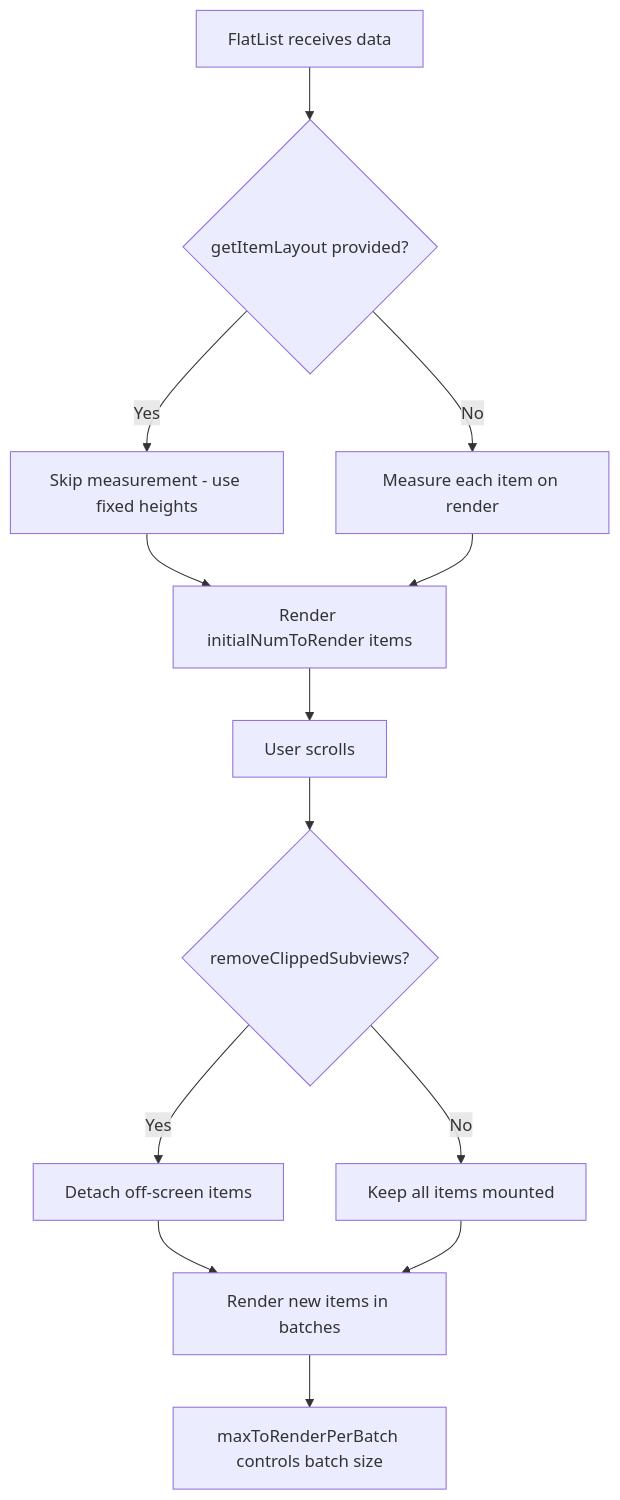
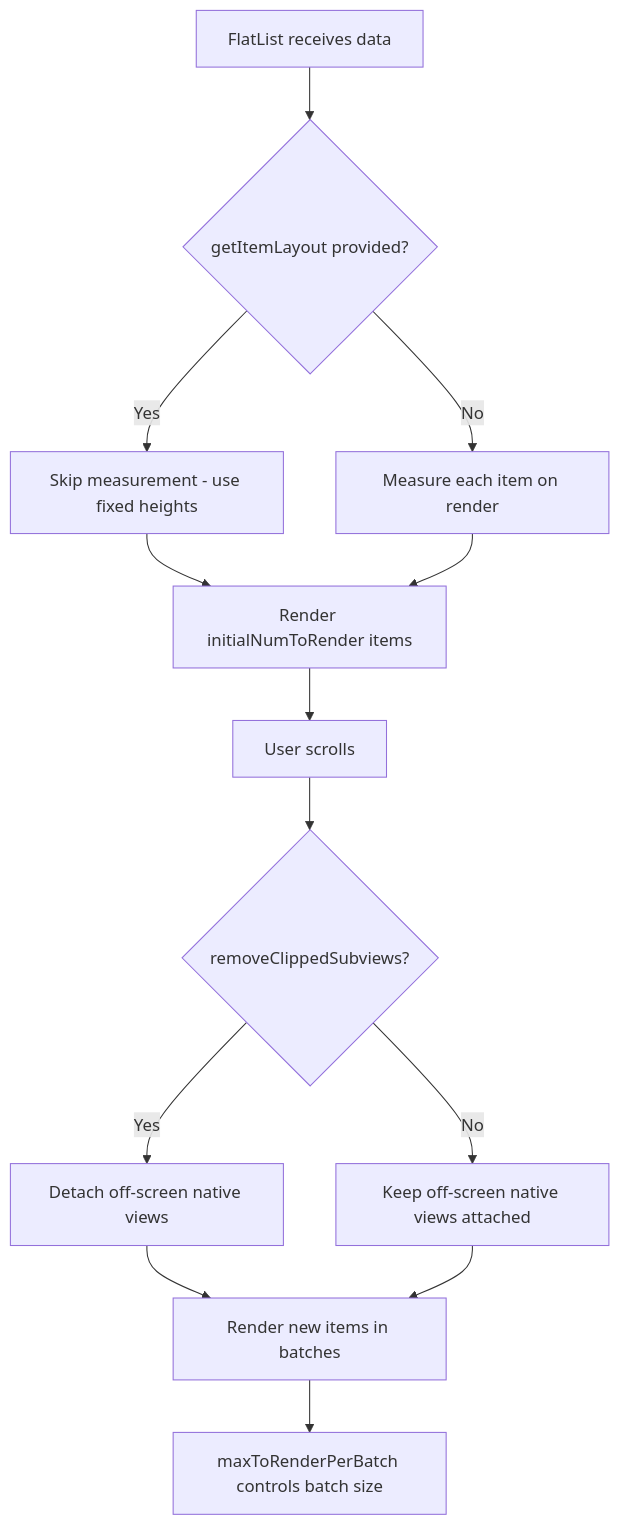
One commit to OneUptime/blog changed the second of 3 diagrams in posts/2026-02-20-react-native-performance-guide/README.md. Above: the diagram before and after it, drawn with Mermaid. The commit also changed other lines of this file and 2 other files, not shown here.

Commit message:
validate: 2026-02-20-react-native-performance-guide

````diff
--- a/posts/2026-02-20-react-native-performance-guide/README.md
+++ b/posts/2026-02-20-react-native-performance-guide/README.md
@@ -159,15 +159,15 @@
 ```mermaid
 flowchart TD
     A["FlatList receives data"] --> B{"getItemLayout provided?"}
     B -->|Yes| C["Skip measurement - use fixed heights"]
     B -->|No| D["Measure each item on render"]
     C --> E["Render initialNumToRender items"]
     D --> E
     E --> F["User scrolls"]
     F --> G{"removeClippedSubviews?"}
-    G -->|Yes| H["Detach off-screen items"]
-    G -->|No| I["Keep all items mounted"]
+    G -->|Yes| H["Detach off-screen native views"]
+    G -->|No| I["Keep off-screen native views attached"]
     H --> J["Render new items in batches"]
     I --> J
     J --> K["maxToRenderPerBatch controls batch size"]
 ```
````
